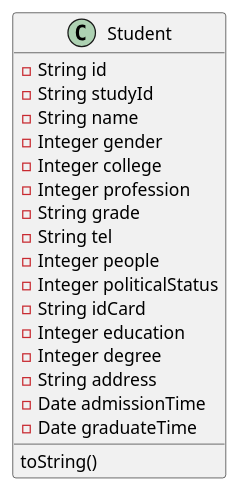
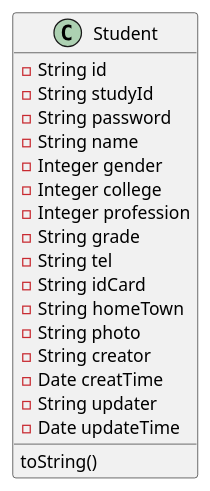
One commit to lbykang/SmartCampus changed the diagram in uml/ClassDiagram/Student.puml. Above: the diagram before and after it, drawn with PlantUML.

Commit message:
学生实体字段补充  --6

```diff
--- a/uml/ClassDiagram/Student.puml
+++ b/uml/ClassDiagram/Student.puml
@@ -1,21 +1,22 @@
 @startuml
 class Student{
 -String id
 -String studyId
+-String password
 -String name
 -Integer gender
 -Integer college
 -Integer profession
 -String grade
 -String tel
--Integer people
--Integer politicalStatus
 -String idCard
--Integer education
--Integer degree
--String address
--Date admissionTime
--Date graduateTime
+-String homeTown
+-String photo
+-String creator
+-Date creatTime
+-String updater
+-Date updateTime
 toString()
 }
+'class Builder{}
 @enduml
```
